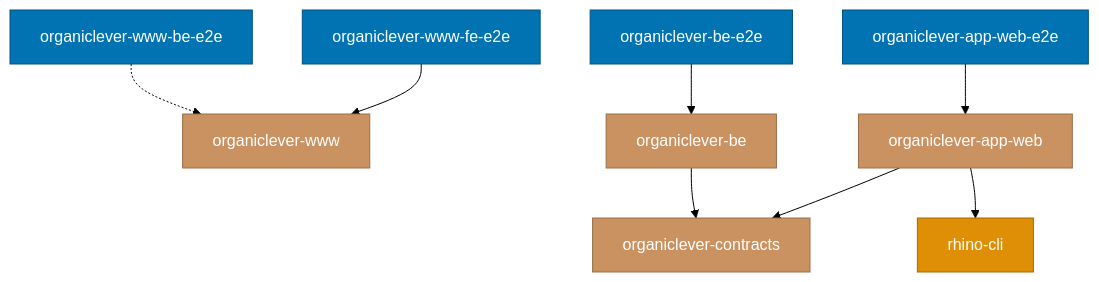
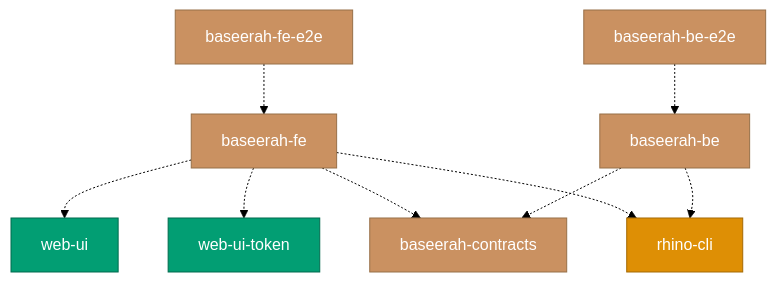
One commit to wahidyankf/baseerah changed the second of 2 diagrams in docs/reference/project-dependency-graph.md. Above: the diagram before and after it, drawn with Mermaid (forest theme). The commit also changed other lines of this file and 2059 other files, not shown here.

````diff
--- a/docs/reference/project-dependency-graph.md
+++ b/docs/reference/project-dependency-graph.md
@@ -93,34 +90,36 @@
 ```mermaid
 graph TD
-  %% E2E tests (top level)
-  OLWWWFEE2E[organiclever-www-fe-e2e]
-  OLWWWBEE2E[organiclever-www-be-e2e]
-  OLAPPE2E[organiclever-app-web-e2e]
-  OLBE2E[organiclever-be-e2e]
+  %% Planned E2E tests (top level)
+  FEE2E[baseerah-fe-e2e]
+  BEE2E[baseerah-be-e2e]
 
-  %% Apps
-  OLWWW[organiclever-www]
-  OLAPP[organiclever-app-web]
-  OLB[organiclever-be]
+  %% Planned apps
+  FE[baseerah-fe]
+  BE[baseerah-be]
 
-  %% Shared
-  OLC[organiclever-contracts]
+  %% Planned contracts project
+  BC[baseerah-contracts]
+
+  %% Existing shared projects the planned apps are expected to use
+  WUI[web-ui]
+  WUT[web-ui-token]
   RC[rhino-cli]
 
   %% Edges
-  OLWWWFEE2E --> OLWWW
-  OLWWWBEE2E -.-> OLWWW
-  OLAPPE2E --> OLAPP
-  OLBE2E --> OLB
-  OLAPP --> OLC
-  OLAPP --> RC
-  OLB --> OLC
+  FEE2E -.-> FE
+  BEE2E -.-> BE
+  FE -.-> WUI
+  FE -.-> WUT
+  FE -.-> BC
+  BE -.-> BC
+  FE -.-> RC
+  BE -.-> RC
 
+  classDef planned fill:#CA9161,stroke:#977048,color:#FFFFFF
+  classDef current fill:#029E73,stroke:#016B4E,color:#FFFFFF
   classDef cli fill:#DE8F05,stroke:#A56A04,color:#FFFFFF
-  classDef product fill:#CA9161,stroke:#977048,color:#FFFFFF
-  classDef e2e fill:#0173B2,stroke:#01537F,color:#FFFFFF
 
+  class FE,BE,BC,FEE2E,BEE2E planned
+  class WUI,WUT current
   class RC cli
-  class OLWWW,OLAPP,OLB,OLC product
-  class OLWWWFEE2E,OLWWWBEE2E,OLAPPE2E,OLBE2E e2e
 ```
````
